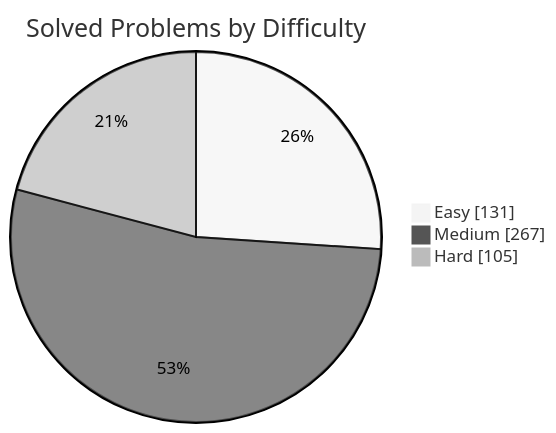
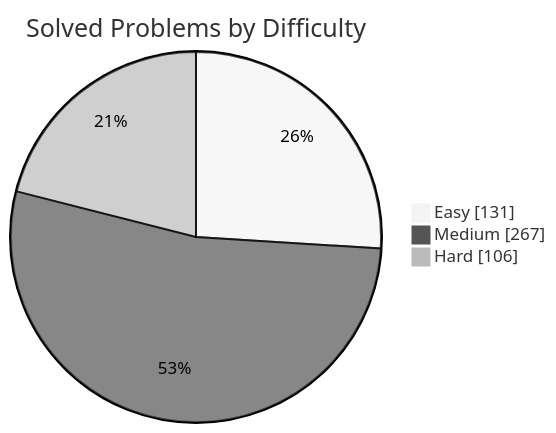
The first of 2 diagrams in README.md (manikantbindass/DSA-Preparation-FAANG), drawn with Mermaid (neutral theme) before and after one commit. The commit also changed other lines of this file and 1 other file, not shown here.

````diff
--- a/README.md
+++ b/README.md
@@ -79,7 +79,7 @@
 ```mermaid
 pie showData
     title Solved Problems by Difficulty
     "Easy" : 131
     "Medium" : 267
-    "Hard" : 105
+    "Hard" : 106
 ```
````
